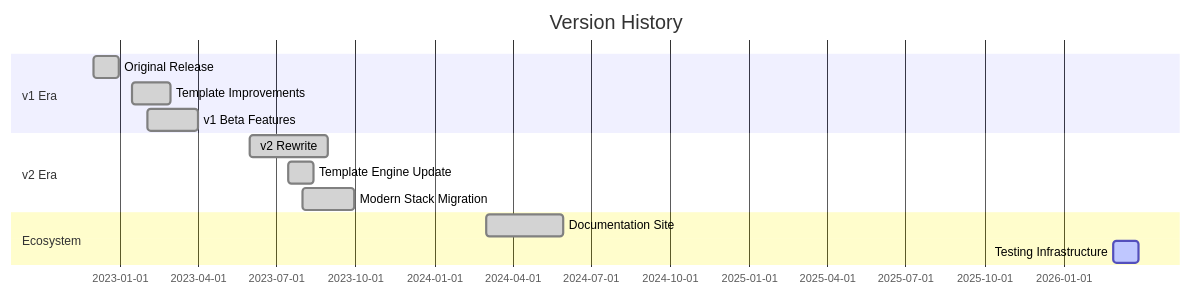
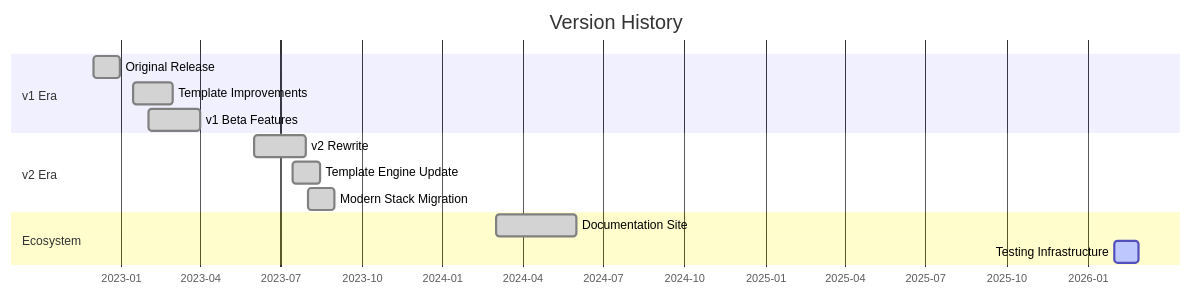
Diagram 14 of 19 in docs_site/project-history.md (daredoes/linked-lovelace-ui), drawn with Mermaid before and after one commit. The commit also changed other lines of this file and 1 other file, not shown here.

First line of the commit message:
Fix all Mermaid diagram syntax errors for v11.12.3 compatibility

````diff
--- a/docs_site/project-history.md
+++ b/docs_site/project-history.md
@@ -475,18 +471,17 @@
 ```mermaid
 gantt
     title Version History
     dateFormat  YYYY-MM-DD
+    axisFormat  %Y-%m
     section v1 Era
-    Original Release           :done, v1.0, 2022-12-01, 30d
-    Template Improvements      :done, v1.1, 2023-01-15, 45d
-    v1 Beta Features           :done, v1.2-beta, 2023-02-01, 60d
-    
+    Original Release           :done, v1.0, 2022-12-01, 2022-12-31
+    Template Improvements      :done, v1.1, 2023-01-15, 2023-03-01
+    v1 Beta Features           :done, v1.2-beta, 2023-02-01, 2023-04-01
     section v2 Era
-    v2 Rewrite                 :done, v2.0, 2023-06-01, 90d
-    Template Engine Update     :done, v2.1, 2023-07-15, 30d
-    Modern Stack Migration     :done, v2.2, 2023-08-01, 60d
-    
+    v2 Rewrite                 :done, v2.0, 2023-06-01, 2023-07-30
+    Template Engine Update     :done, v2.1, 2023-07-15, 2023-08-15
+    Modern Stack Migration     :done, v2.2, 2023-08-01, 2023-08-31
     section Ecosystem
-    Documentation Site         :done, v3.0-docs, 2024-03-01, 90d
-    Testing Infrastructure     :active, v3.1-tests, 2026-02-27, 30d
+    Documentation Site         :done, v3.0-docs, 2024-03-01, 2024-05-31
+    Testing Infrastructure     :active, v3.1-tests, 2026-02-01, 2026-02-28
 ```
````
